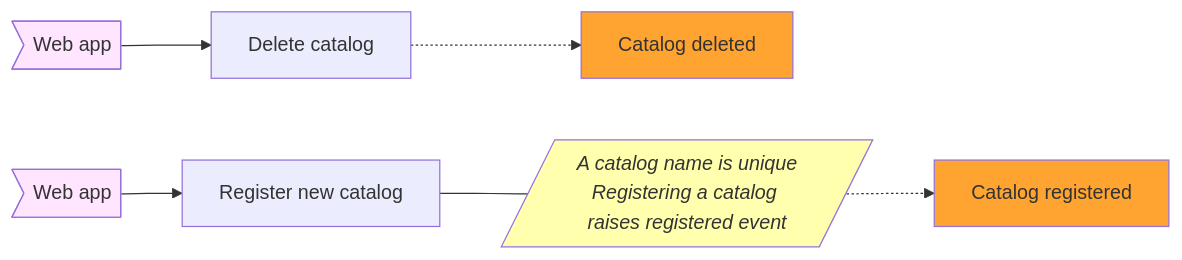
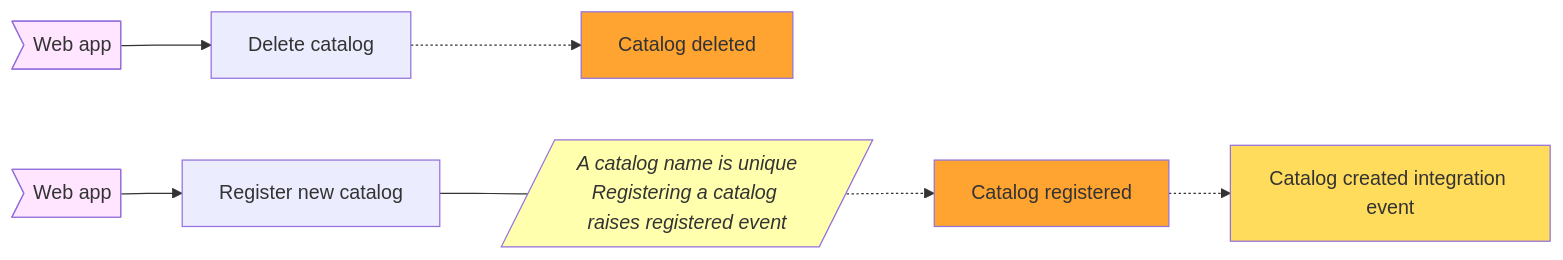
Before and after one commit to pierregillon/BoundedContextCanvasGenerator: the first of 2 diagrams in src/SolutionExample/Example/bounded_context_canvas.md, drawn with Mermaid. The commit also changed 14 other files, not shown here.

````diff
--- a/src/SolutionExample/Example/bounded_context_canvas.md
+++ b/src/SolutionExample/Example/bounded_context_canvas.md
@@ -31,23 +31,27 @@
 ```mermaid
 flowchart LR
     classDef frontCollaborators fill:#FFE5FF;
     classDef domainEvents fill:#FFA431;
     classDef policies fill:#FFFFAD, font-style:italic;
+    classDef integrationEvents fill:#FFDC5C;
     CatalogApplicationCatalogDeleteCatalogCommand["Delete catalog"]
     CatalogApplicationCatalogDeleteCatalogCommandWebAppCollaborator>"Web app"]
     class CatalogApplicationCatalogDeleteCatalogCommandWebAppCollaborator frontCollaborators;
     CatalogDomainCatalogEventsCatalogDeleted["Catalog deleted"]
     class CatalogDomainCatalogEventsCatalogDeleted domainEvents;
     CatalogApplicationCatalogRegisterNewCatalogCommand["Register new catalog"]
     CatalogApplicationCatalogRegisterNewCatalogCommandWebAppCollaborator>"Web app"]
     class CatalogApplicationCatalogRegisterNewCatalogCommandWebAppCollaborator frontCollaborators;
     CatalogApplicationCatalogRegisterNewCatalogCommandPolicies[/"A catalog name is unique<br/>Registering a catalog raises registered event"/]
     class CatalogApplicationCatalogRegisterNewCatalogCommandPolicies policies;
     CatalogDomainCatalogEventsCatalogRegistered["Catalog registered"]
     class CatalogDomainCatalogEventsCatalogRegistered domainEvents;
+    CatalogInfrastructureCatalogCatalogCreatedIntegrationEvent["Catalog created integration event"]
+    class CatalogInfrastructureCatalogCatalogCreatedIntegrationEvent integrationEvents;
     CatalogApplicationCatalogDeleteCatalogCommandWebAppCollaborator --> CatalogApplicationCatalogDeleteCatalogCommand
     CatalogApplicationCatalogDeleteCatalogCommand -.-> CatalogDomainCatalogEventsCatalogDeleted
     CatalogApplicationCatalogRegisterNewCatalogCommandWebAppCollaborator --> CatalogApplicationCatalogRegisterNewCatalogCommand
     CatalogApplicationCatalogRegisterNewCatalogCommand --- CatalogApplicationCatalogRegisterNewCatalogCommandPolicies
     CatalogApplicationCatalogRegisterNewCatalogCommandPolicies -.-> CatalogDomainCatalogEventsCatalogRegistered
+    CatalogDomainCatalogEventsCatalogRegistered -.-> CatalogInfrastructureCatalogCatalogCreatedIntegrationEvent
 ```
````
